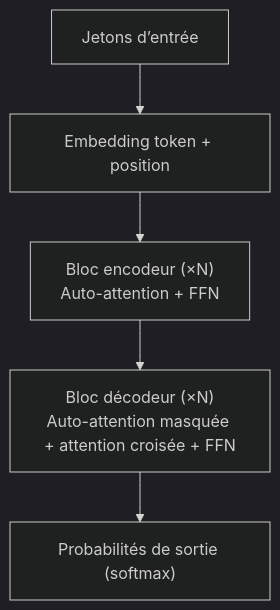
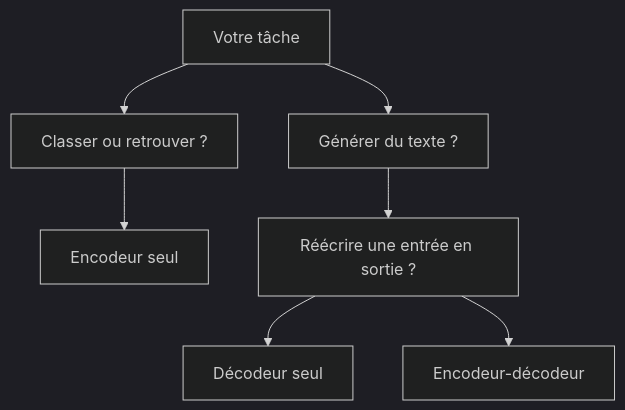
One commit to grasdouble/sebastien-lemouillour.fr changed the diagram in packages/parcels/learn/src/data/content/ia-llm/understanding-llms/transformers.fr.md. Above: the diagram before and after it, drawn with Mermaid (dark theme). The commit also changed other lines of this file and 67 other files, not shown here.

````diff
--- a/packages/parcels/learn/src/data/content/ia-llm/understanding-llms/transformers.fr.md
+++ b/packages/parcels/learn/src/data/content/ia-llm/understanding-llms/transformers.fr.md
@@ -20,7 +20,9 @@
 ```mermaid
 graph TD
-  Input["Jetons d’entrée"] --> Embed["Embedding token + position"]
-  Embed --> Encoder["Bloc encodeur (×N)<br/>Auto-attention + FFN"]
-  Encoder --> Decoder["Bloc décodeur (×N)<br/>Auto-attention masquée + attention croisée + FFN"]
-  Decoder --> Output["Probabilités de sortie (softmax)"]
+  Task["Votre tâche"] --> ChoiceA["Classer ou retrouver ?"]
+  Task --> ChoiceB["Générer du texte ?"]
+  ChoiceA --> Encoder["Encodeur seul"]
+  ChoiceB --> ChoiceC["Réécrire une entrée en sortie ?"]
+  ChoiceC --> Decoder["Décodeur seul"]
+  ChoiceC --> Seq2Seq["Encodeur-décodeur"]
 ```
````
